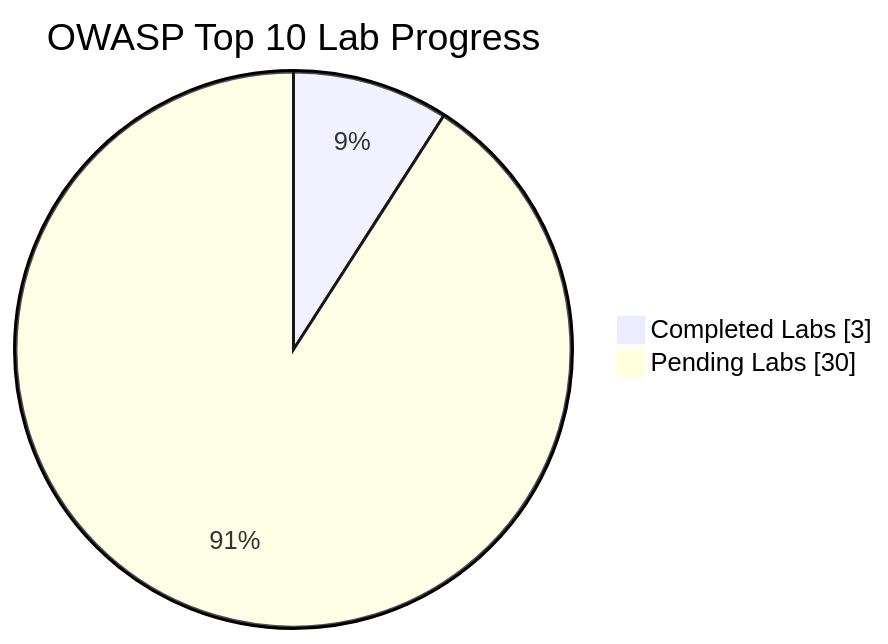
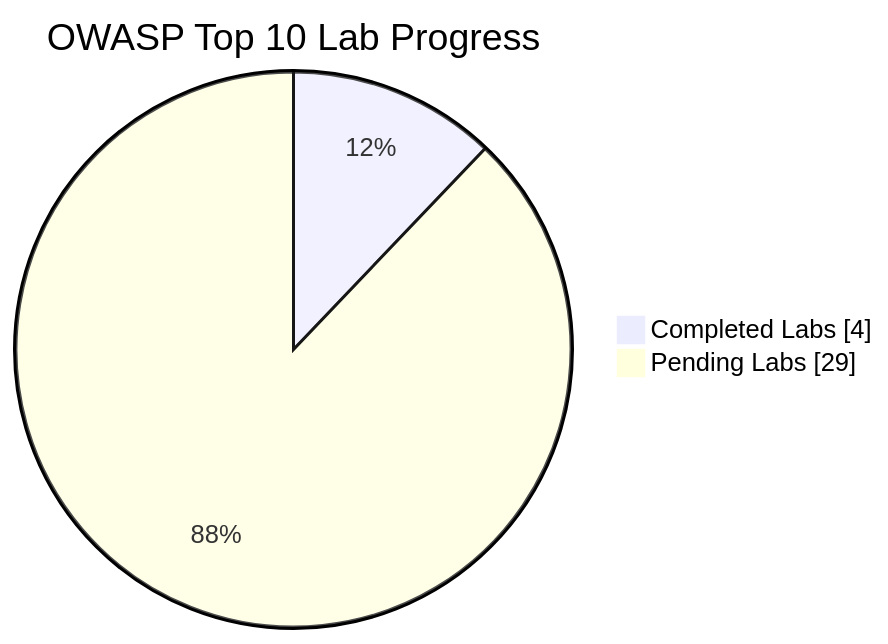
The diagram in README.md (Nish344/owasp-top10-web-security), drawn with Mermaid before and after one commit. The commit also changed other lines of this file and 1 other file, not shown here.

````diff
--- a/README.md
+++ b/README.md
@@ -12,6 +12,6 @@
 ```mermaid
 pie showData
   title OWASP Top 10 Lab Progress
-  "Completed Labs" : 3
-  "Pending Labs" : 30
+  "Completed Labs" : 4
+  "Pending Labs" : 29
 ```
````
